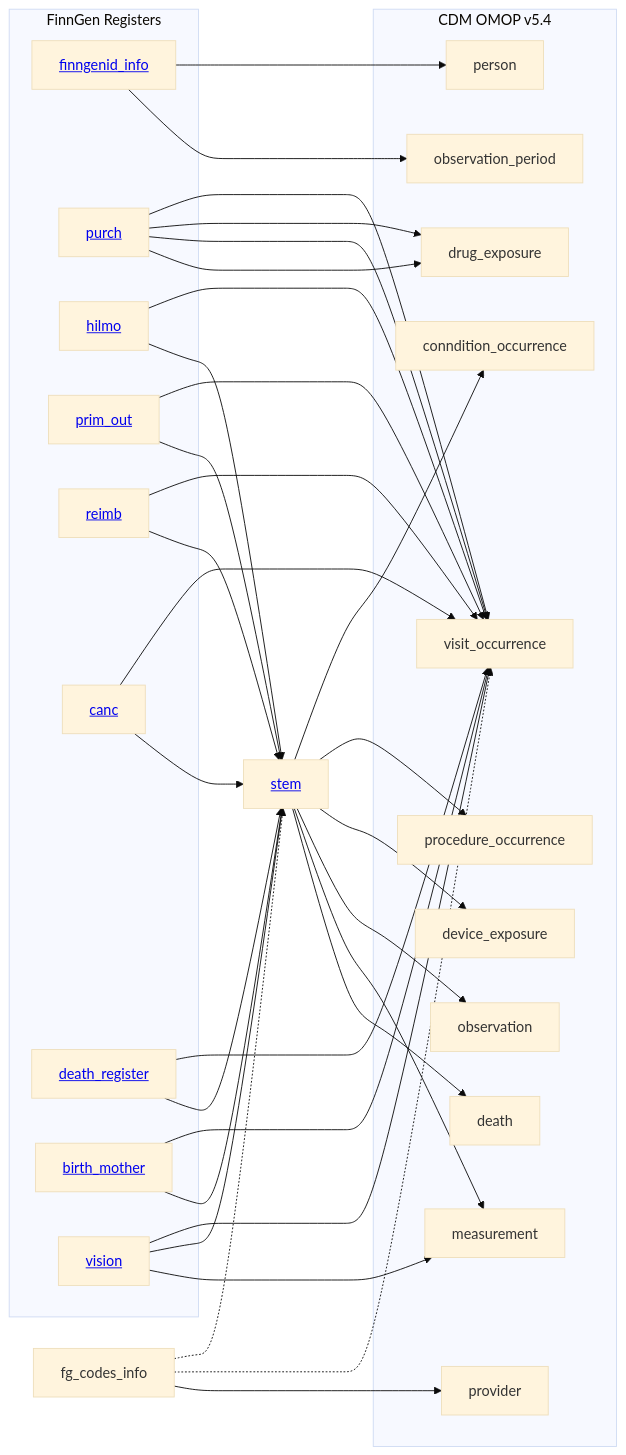
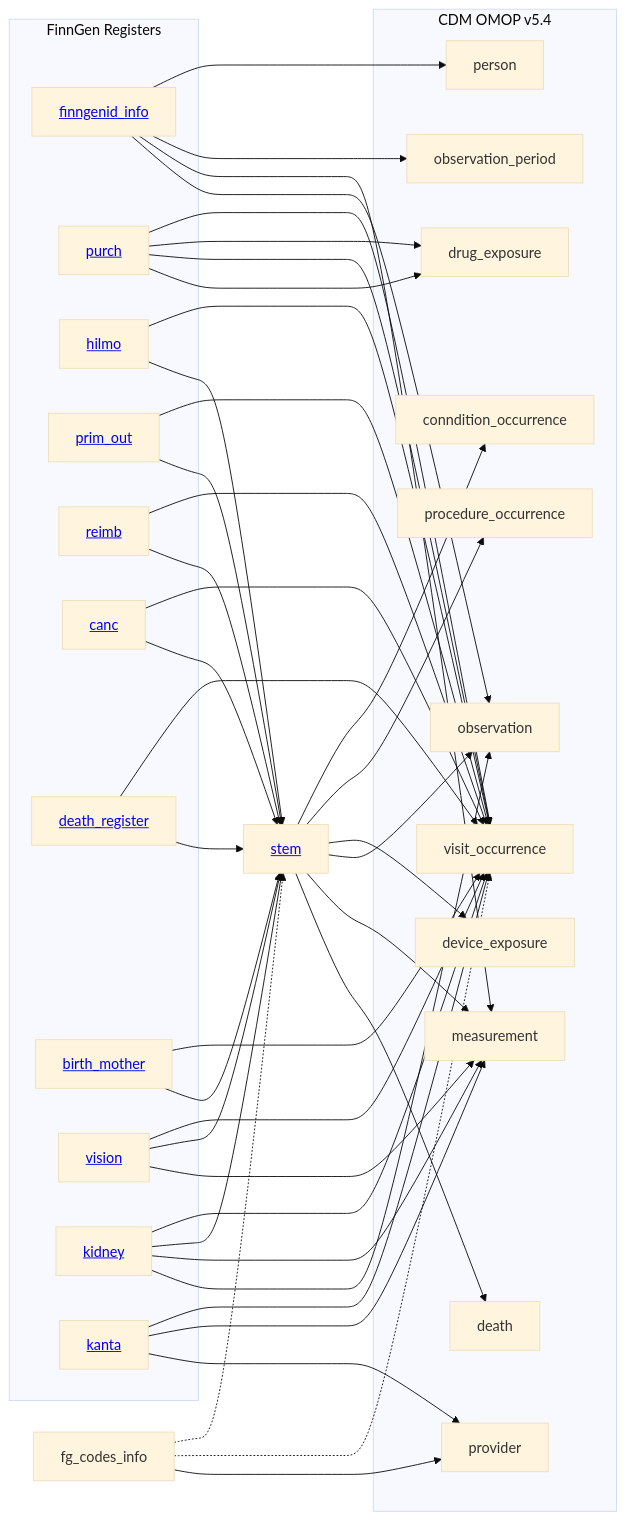
The diagram in 2_etl_specifications/documentation/home.md (FINNGEN/ETL), drawn with Mermaid before and after one commit. The commit also changed other lines of this file and 12 other files, not shown here.

````diff
--- a/2_etl_specifications/documentation/home.md
+++ b/2_etl_specifications/documentation/home.md
@@ -30,6 +30,8 @@
         death_register[<a href='death_register.html'>death_register</a>]
         birth_mother[<a href='birth_mother.html'>birth_mother</a>]
         vision[<a href='vision.html'>vision</a>]
+        kidney[<a href='kidney.html'>kidney</a>]
+        kanta[<a href='kanta.html'>kanta</a>]
     end
 
     stem[<a href='stem.html'>stem</a>]
@@ -49,8 +51,10 @@
     end
 
 
-    finngenid_info-->person
-    finngenid_info-->observation_period
+    finngenid_info --> person
+    finngenid_info --> observation_period
+    finngenid_info --> measurement
+    finngenid_info --> observation
 
     purch --> visit_occurrence
     purch --> drug_exposure
@@ -79,6 +83,15 @@
 
     purch --> visit_occurrence
     purch --> drug_exposure
+
+    kidney --> visit_occurrence
+    kidney --> stem
+    kidney --> measurement
+    kidney --> observation
+
+    kanta --> visit_occurrence
+    kanta --> measurement
+    kanta --> provider
     
     stem --> conndition_occurrence 
     stem --> procedure_occurrence
@@ -89,6 +102,6 @@
 
     fg_codes_info -.-> stem 
     fg_codes_info -.-> visit_occurrence 
-    fg_codes_info -->provider
+    fg_codes_info --> provider
     
 ```
````
